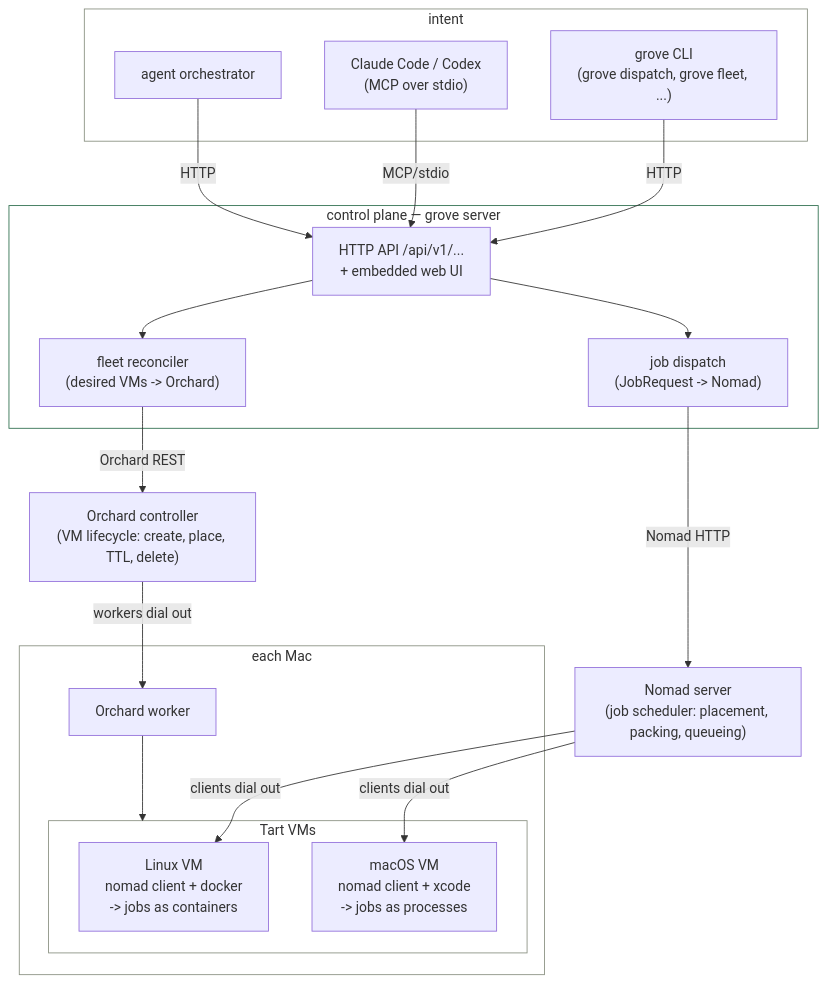
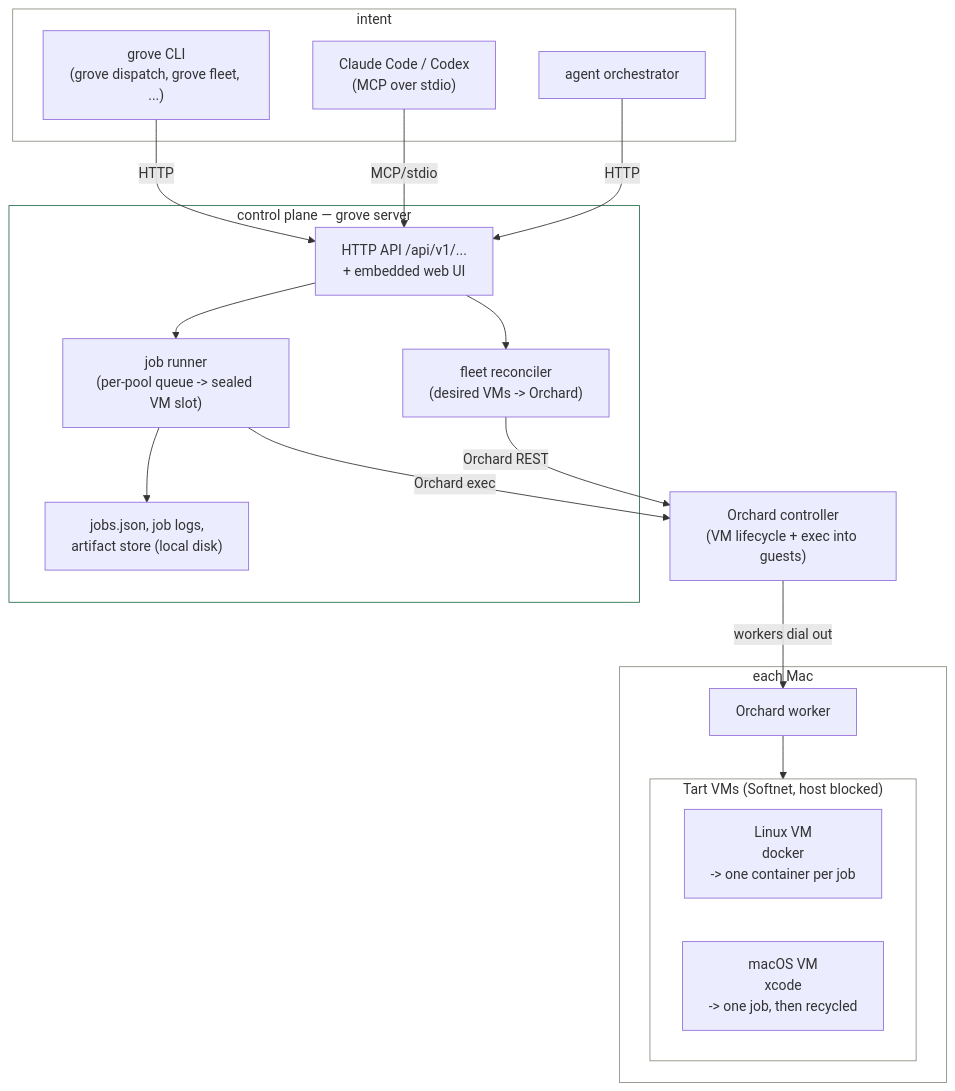
The first of 3 diagrams in docs/FLOW.md (gm2211/grove), drawn with Mermaid before and after one commit. The commit also changed other lines of this file and 11 other files, not shown here.

First line of the commit message:
docs: describe the in-process job runner and sealed-only fleet

````diff
--- a/docs/FLOW.md
+++ b/docs/FLOW.md
@@ -12,44 +13,43 @@
 ```mermaid
 flowchart TB
     subgraph intent["intent"]
         orch["agent orchestrator"]
         mcp["Claude Code / Codex\n(MCP over stdio)"]
         cli["grove CLI\n(grove dispatch, grove fleet, ...)"]
     end
 
     subgraph cp["control plane — grove server"]
         api["HTTP API /api/v1/...\n+ embedded web UI"]
         reconciler["fleet reconciler\n(desired VMs -> Orchard)"]
-        dispatcher["job dispatch\n(JobRequest -> Nomad)"]
+        runner["job runner\n(per-pool queue -> sealed VM slot)"]
+        disk["jobs.json, job logs,\nartifact store (local disk)"]
     end
 
-    orchard["Orchard controller\n(VM lifecycle: create, place, TTL, delete)"]
-    nomad["Nomad server\n(job scheduler: placement, packing, queueing)"]
+    orchard["Orchard controller\n(VM lifecycle + exec into guests)"]
 
     subgraph mac["each Mac"]
         worker["Orchard worker"]
-        subgraph tart["Tart VMs"]
-            linuxvm["Linux VM\nnomad client + docker\n-> jobs as containers"]
-            macosvm["macOS VM\nnomad client + xcode\n-> jobs as processes"]
+        subgraph tart["Tart VMs (Softnet, host blocked)"]
+            linuxvm["Linux VM\ndocker\n-> one container per job"]
+            macosvm["macOS VM\nxcode\n-> one job, then recycled"]
         end
     end
 
     orch -- HTTP --> api
     mcp -- MCP/stdio --> api
     cli -- HTTP --> api
 
     api --> reconciler
-    api --> dispatcher
+    api --> runner
+    runner --> disk
     reconciler -- Orchard REST --> orchard
-    dispatcher -- Nomad HTTP --> nomad
+    runner -- "Orchard exec" --> orchard
 
     orchard -- "workers dial out" --> worker
     worker --> tart
-    nomad -- "clients dial out" --> linuxvm
-    nomad -- "clients dial out" --> macosvm
 
     style intent fill:transparent,stroke:#8a9182
     style cp fill:transparent,stroke:#2f6f4f
     style mac fill:transparent,stroke:#8a9182
     style tart fill:transparent,stroke:#8a9182
 ```
````
